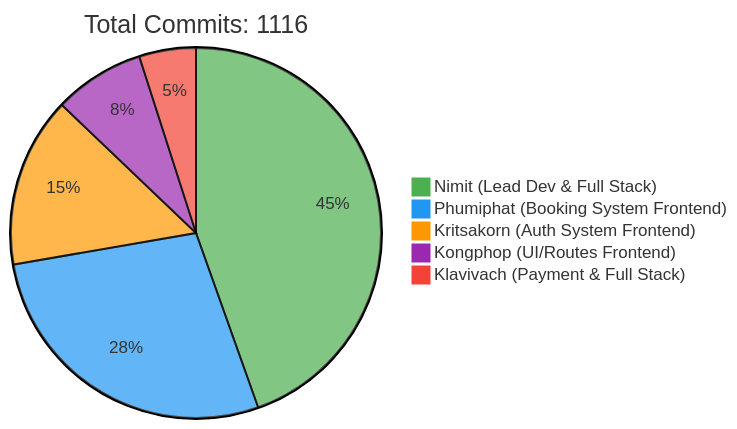
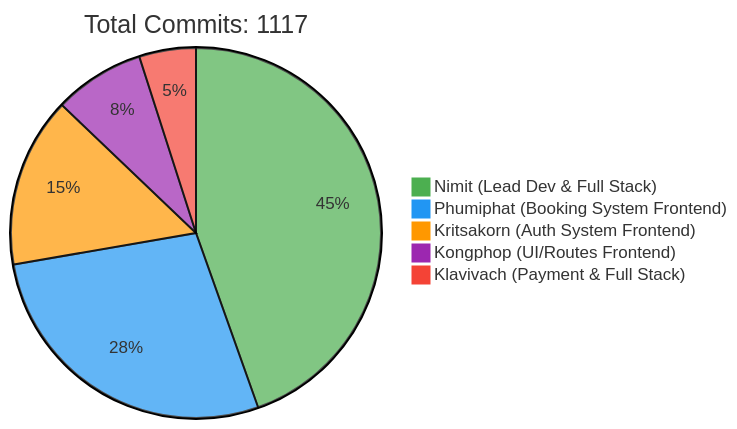
One commit to 6531503042/Sport-Complex changed the first of 2 diagrams in README.md. Above: the diagram before and after it, drawn with Mermaid. The commit also changed other lines of this file, not shown here.

Commit message:
docs: Update contributor statistics [skip ci]

````diff
--- a/README.md
+++ b/README.md
@@ -257,10 +257,10 @@
 ```mermaid
 %%{init: {'theme': 'base', 'themeVariables': { 'pie1': '#4CAF50', 'pie2': '#2196F3', 'pie3': '#FF9800', 'pie4': '#9C27B0', 'pie5': '#F44336'}}}%%
 pie
-    title Total Commits: 1116
+    title Total Commits: 1117
     "Nimit (Lead Dev & Full Stack)" : 450
     "Phumiphat (Booking System Frontend)" : 280
     "Kritsakorn (Auth System Frontend)" : 150
     "Kongphop (UI/Routes Frontend)" : 80
     "Klavivach (Payment & Full Stack)" : 50
 ```
````
